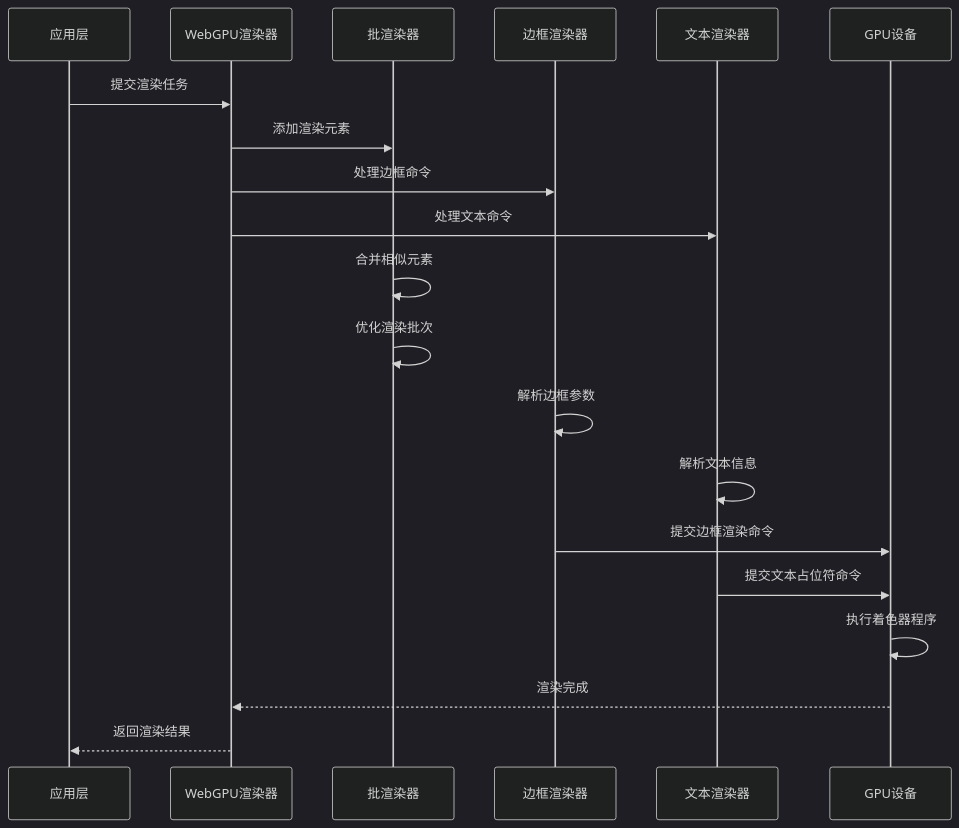
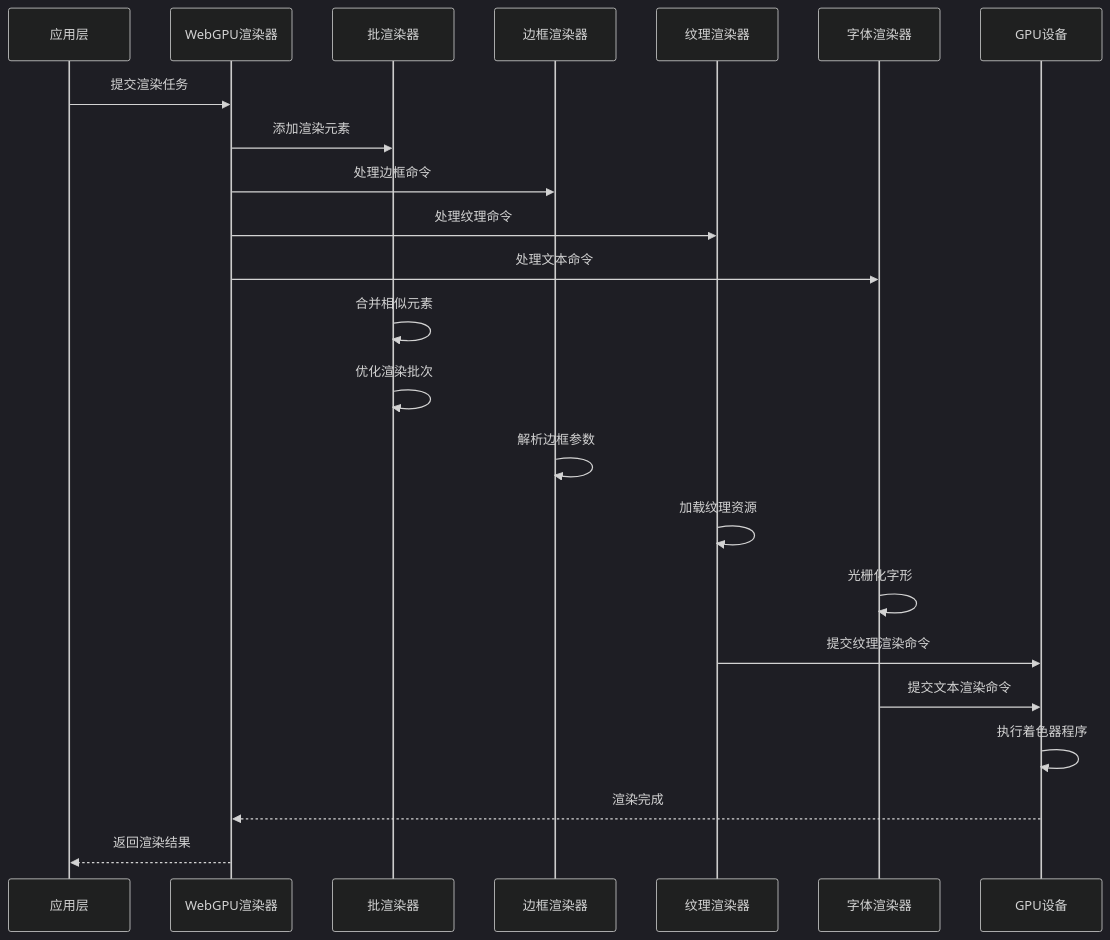
Before and after one commit to itszzl-sudo/iris: the fourth of 40 diagrams in .qoder/repowiki/zh/content/技术架构详解/WebGPU渲染引擎/WebGPU渲染引擎.md, drawn with Mermaid (dark theme). The commit also changed other lines of this file and 4 other files, not shown here.

````diff
--- a/.qoder/repowiki/zh/content/技术架构详解/WebGPU渲染引擎/WebGPU渲染引擎.md
+++ b/.qoder/repowiki/zh/content/技术架构详解/WebGPU渲染引擎/WebGPU渲染引擎.md
@@ -234,22 +239,25 @@
 ```mermaid
 sequenceDiagram
 participant App as 应用层
 participant Renderer as WebGPU渲染器
 participant Batch as 批渲染器
 participant Border as 边框渲染器
-participant Text as 文本渲染器
+participant Texture as 纹理渲染器
+participant Font as 字体渲染器
 participant GPU as GPU设备
 App->>Renderer : 提交渲染任务
 Renderer->>Batch : 添加渲染元素
 Renderer->>Border : 处理边框命令
-Renderer->>Text : 处理文本命令
+Renderer->>Texture : 处理纹理命令
+Renderer->>Font : 处理文本命令
 Batch->>Batch : 合并相似元素
 Batch->>Batch : 优化渲染批次
 Border->>Border : 解析边框参数
-Text->>Text : 解析文本信息
-Border->>GPU : 提交边框渲染命令
-Text->>GPU : 提交文本占位符命令
+Texture->>Texture : 加载纹理资源
+Font->>Font : 光栅化字形
+Texture->>GPU : 提交纹理渲染命令
+Font->>GPU : 提交文本渲染命令
 GPU->>GPU : 执行着色器程序
 GPU-->>Renderer : 渲染完成
 Renderer-->>App : 返回渲染结果
 ```
````
